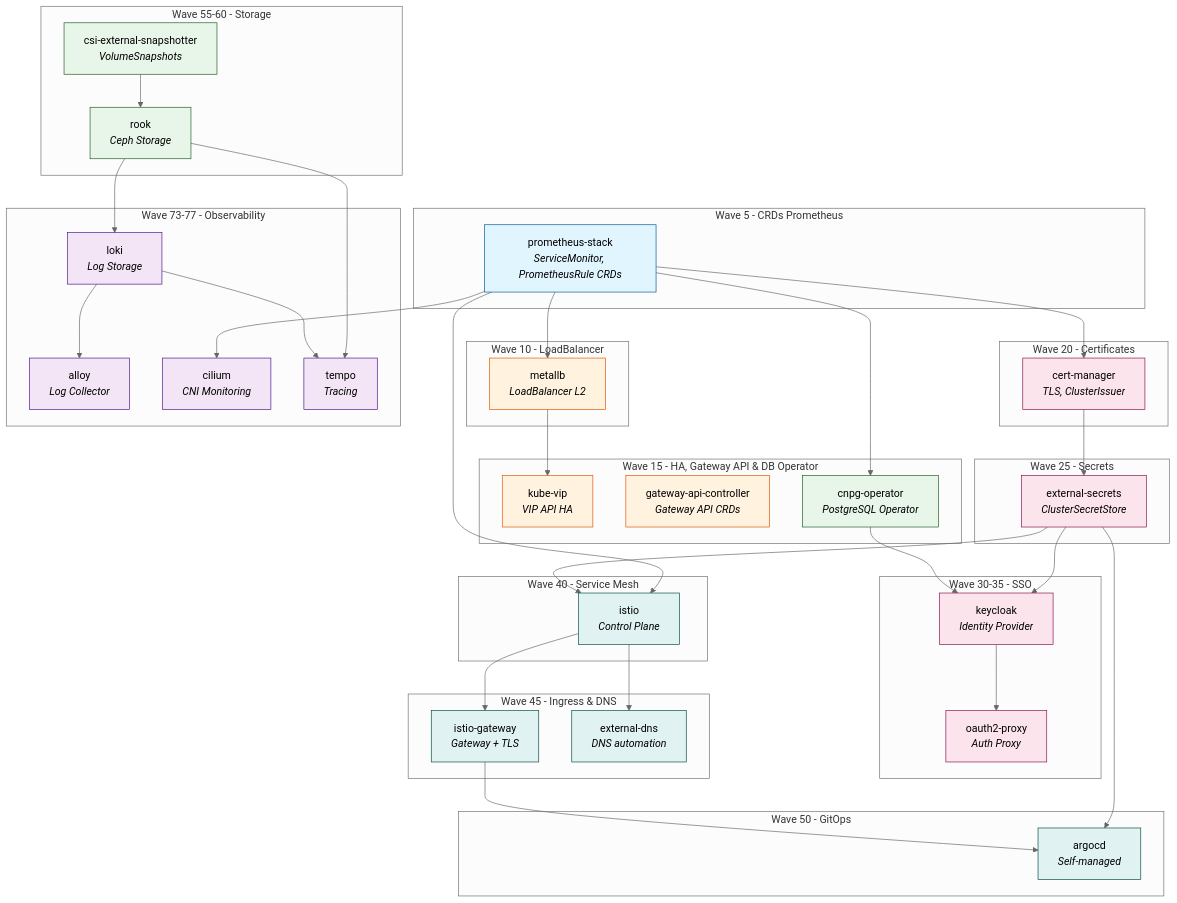
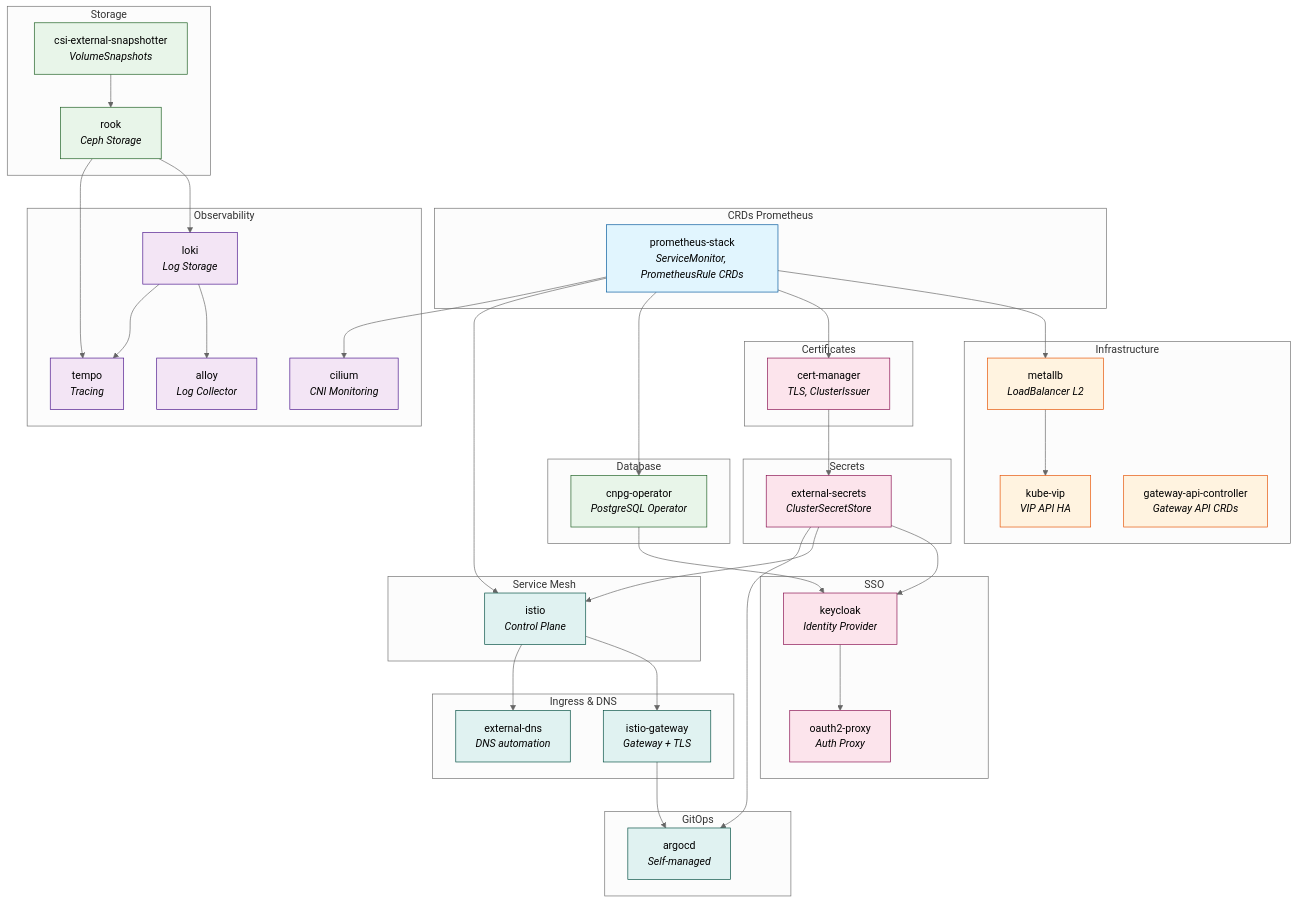
Before and after one commit to gigi206/k8s: the diagram in deploy/argocd/README.md, drawn with Mermaid (neutral theme). The commit also changed other lines of this file and 1 other file, not shown here.

Commit message:
refactor(docs): remove obsolete wave references from documentation

````diff
--- a/deploy/argocd/README.md
+++ b/deploy/argocd/README.md
@@ -109,51 +109,51 @@
 ```mermaid
 flowchart TB
-    subgraph wave5["Wave 5 - CRDs Prometheus"]
+    subgraph crds["CRDs Prometheus"]
         prometheus-stack["prometheus-stack<br/><i>ServiceMonitor, PrometheusRule CRDs</i>"]
     end
 
-    subgraph wave10["Wave 10 - LoadBalancer"]
+    subgraph infra["Infrastructure"]
         metallb["metallb<br/><i>LoadBalancer L2</i>"]
+        kube-vip["kube-vip<br/><i>VIP API HA</i>"]
+        gateway-api["gateway-api-controller<br/><i>Gateway API CRDs</i>"]
     end
 
-    subgraph wave15["Wave 15 - HA, Gateway API & DB Operator"]
-        kube-vip["kube-vip<br/><i>VIP API HA</i>"]
-        gateway-api["gateway-api-controller<br/><i>Gateway API CRDs</i>"]
+    subgraph database["Database"]
         cnpg["cnpg-operator<br/><i>PostgreSQL Operator</i>"]
     end
 
-    subgraph wave20["Wave 20 - Certificates"]
+    subgraph certificates["Certificates"]
         cert-manager["cert-manager<br/><i>TLS, ClusterIssuer</i>"]
     end
 
-    subgraph wave25["Wave 25 - Secrets"]
+    subgraph secrets["Secrets"]
         external-secrets["external-secrets<br/><i>ClusterSecretStore</i>"]
     end
 
-    subgraph wave30-35["Wave 30-35 - SSO"]
+    subgraph sso["SSO"]
         keycloak["keycloak<br/><i>Identity Provider</i>"]
         oauth2-proxy["oauth2-proxy<br/><i>Auth Proxy</i>"]
     end
 
-    subgraph wave40["Wave 40 - Service Mesh"]
+    subgraph mesh["Service Mesh"]
         istio["istio<br/><i>Control Plane</i>"]
     end
 
-    subgraph wave45["Wave 45 - Ingress & DNS"]
+    subgraph ingress["Ingress & DNS"]
         istio-gateway["istio-gateway<br/><i>Gateway + TLS</i>"]
         external-dns["external-dns<br/><i>DNS automation</i>"]
     end
 
-    subgraph wave50["Wave 50 - GitOps"]
+    subgraph gitops["GitOps"]
         argocd["argocd<br/><i>Self-managed</i>"]
     end
 
-    subgraph wave55-60["Wave 55-60 - Storage"]
+    subgraph storage["Storage"]
         csi-snapshotter["csi-external-snapshotter<br/><i>VolumeSnapshots</i>"]
         rook["rook<br/><i>Ceph Storage</i>"]
     end
 
-    subgraph wave73-77["Wave 73-77 - Observability"]
+    subgraph observability["Observability"]
         loki["loki<br/><i>Log Storage</i>"]
         alloy["alloy<br/><i>Log Collector</i>"]
         cilium["cilium<br/><i>CNI Monitoring</i>"]
````
